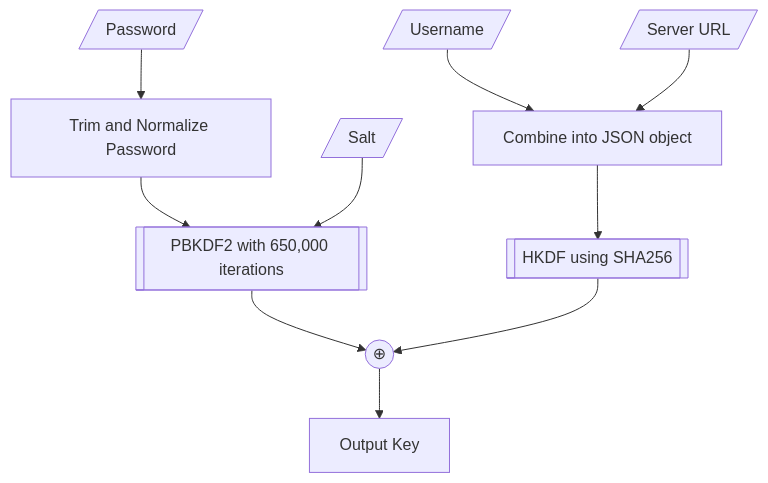
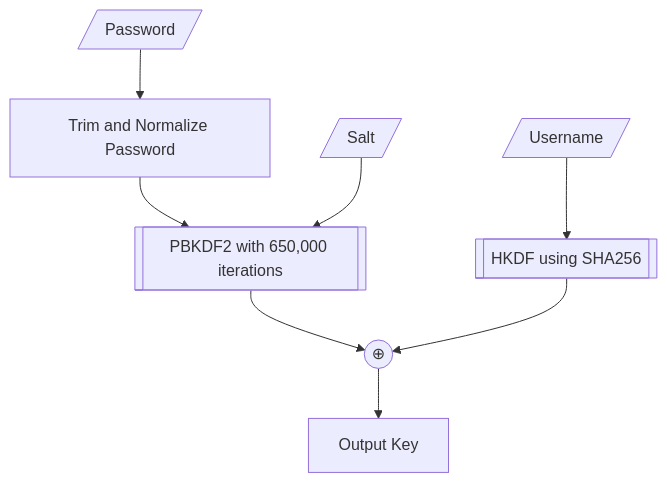
The diagram in website/docs/dev/keygen.md (PhotonicGluon/Excalibur), drawn with Mermaid before and after one commit.

````diff
--- a/website/docs/dev/keygen.md
+++ b/website/docs/dev/keygen.md
@@ -7,25 +7,22 @@
 ```mermaid
 flowchart TD
     P[/Password/]
     S[/Salt/]
     I[/Username/]
-    U[/Server URL/]
 
     PBKDF[[PBKDF2 with 650,000 iterations]]
     HKDF[[HKDF using SHA256]]
 
     %% Password + Salt into PBKDF2
     P-->TrimAndNorm[Trim and Normalize Password]
     TrimAndNorm-->PBKDF
     S-->PBKDF
 
-    %% Identity and Server URL into HKDF
-    I-->Combine[Combine into JSON object]
-    U-->Combine
-    Combine-->HKDF
+    %% Identity into HKDF
+    I-->HKDF
 
     %% XOR HKDF output with PBKDF2 output
     PBKDF-->XOR((⊕))
     HKDF-->XOR
     XOR-->OK[Output Key]
 ```
````
